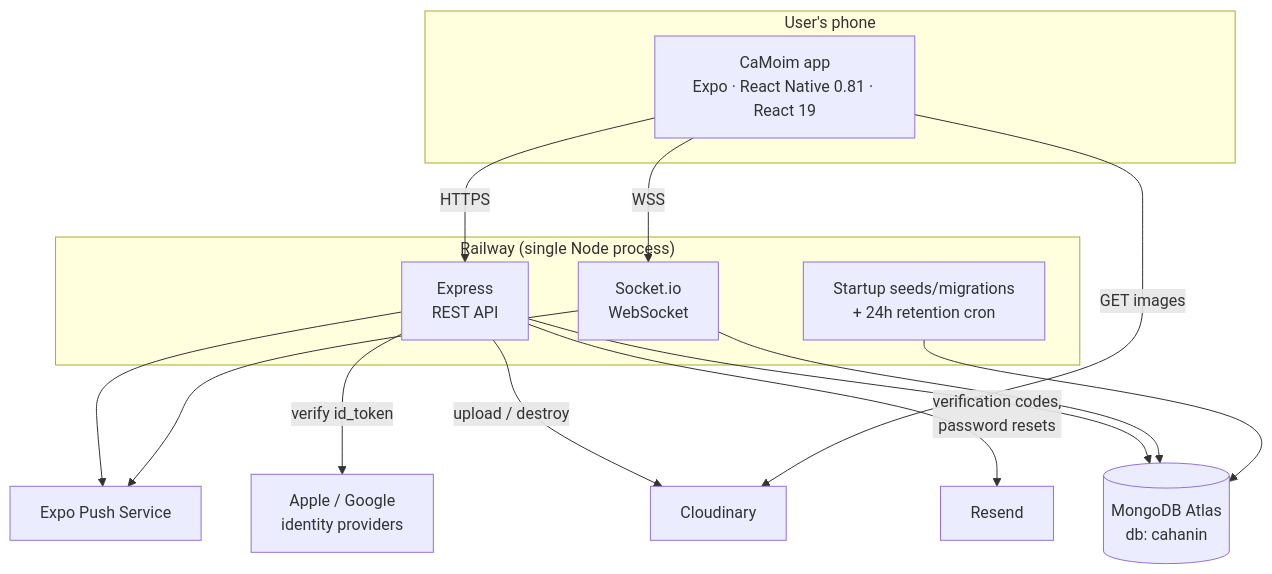
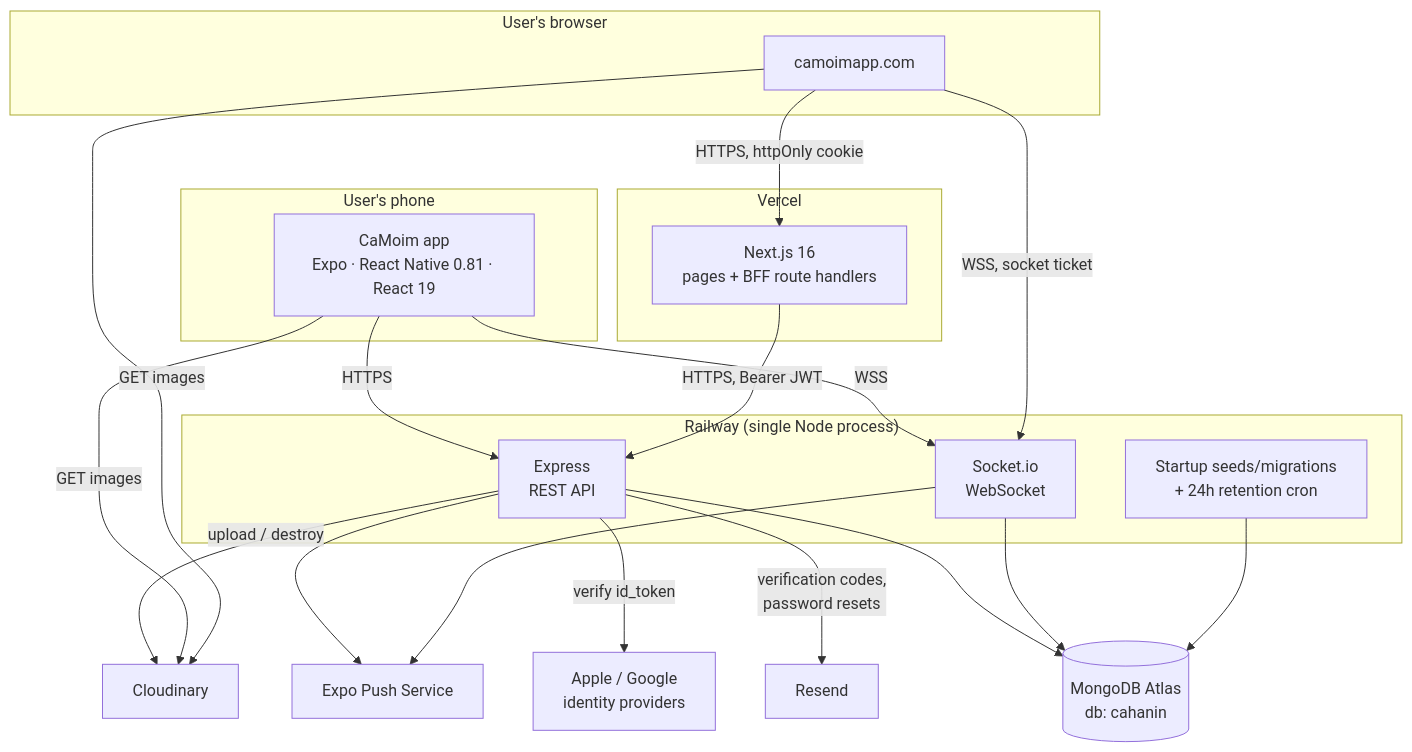
One commit to HyeonjunSon/camoim changed the first of 6 diagrams in docs/ARCHITECTURE.md. Above: the diagram before and after it, drawn with Mermaid. The commit also changed other lines of this file and 7 other files, not shown here.

````diff
--- a/docs/ARCHITECTURE.md
+++ b/docs/ARCHITECTURE.md
@@ -20,30 +21,42 @@
 ```mermaid
 flowchart TB
     subgraph phone["User's phone"]
         APP["CaMoim app<br/>Expo · React Native 0.81 · React 19"]
+    end
+
+    subgraph browser["User's browser"]
+        WEBUI["camoimapp.com"]
+    end
+
+    subgraph vercel["Vercel"]
+        NEXT["Next.js 16<br/>pages + BFF route handlers"]
     end
 
     subgraph railway["Railway (single Node process)"]
         HTTP["Express<br/>REST API"]
         IO["Socket.io<br/>WebSocket"]
         JOBS["Startup seeds/migrations<br/>+ 24h retention cron"]
     end
 
     ATLAS[("MongoDB Atlas<br/>db: cahanin")]
     CLOUD["Cloudinary"]
     RESEND["Resend"]
     EXPO["Expo Push Service"]
     APPLE["Apple / Google<br/>identity providers"]
 
     APP -- HTTPS --> HTTP
     APP -- WSS --> IO
+    WEBUI -- "HTTPS, httpOnly cookie" --> NEXT
+    NEXT -- "HTTPS, Bearer JWT" --> HTTP
+    WEBUI -- "WSS, socket ticket" --> IO
     HTTP --> ATLAS
     IO --> ATLAS
     JOBS --> ATLAS
     HTTP -- "upload / destroy" --> CLOUD
     APP -- "GET images" --> CLOUD
+    WEBUI -- "GET images" --> CLOUD
     HTTP -- "verification codes,<br/>password resets" --> RESEND
     HTTP --> EXPO
     IO --> EXPO
     HTTP -- "verify id_token" --> APPLE
 ```
````
